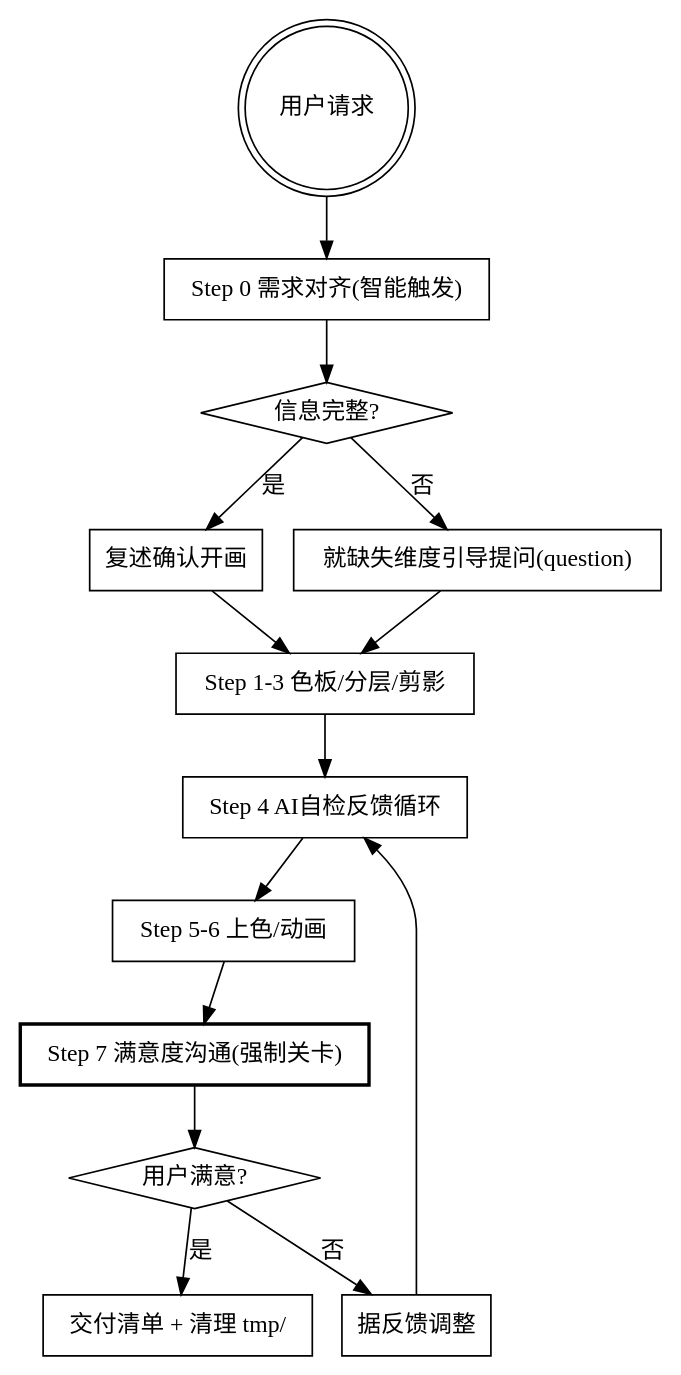
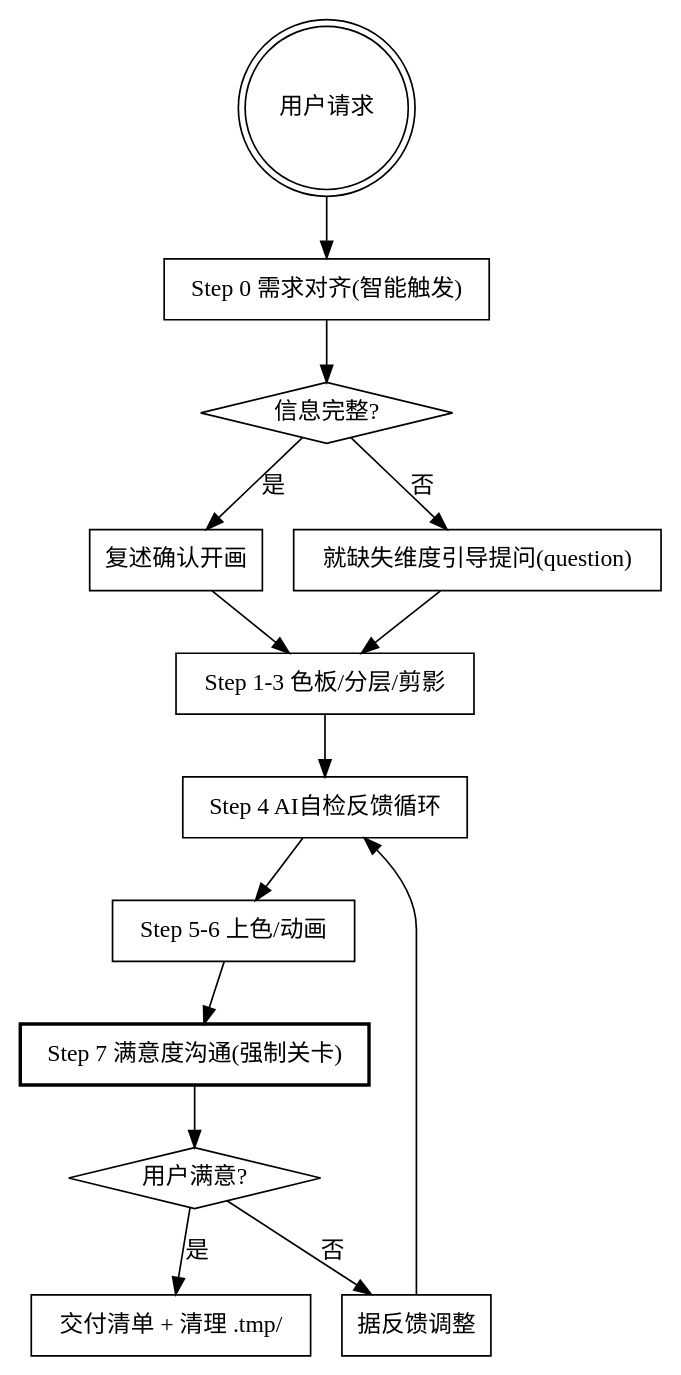
Before and after one commit to yulu86/GodotScaffolding: the diagram in .opencode/skills/draw-aseprite/SKILL.md, drawn with Graphviz. The commit also changed other lines of this file and 3 other files, not shown here.

````diff
--- a/.opencode/skills/draw-aseprite/SKILL.md
+++ b/.opencode/skills/draw-aseprite/SKILL.md
@@ -48,31 +48,31 @@
 ```dot
 digraph draw_flow {
     rankdir=TB;
     "用户请求" [shape=doublecircle];
     "Step 0 需求对齐(智能触发)" [shape=box];
     "信息完整?" [shape=diamond];
     "复述确认开画" [shape=box];
     "就缺失维度引导提问(question)" [shape=box];
     "Step 1-3 色板/分层/剪影" [shape=box];
     "Step 4 AI自检反馈循环" [shape=box];
     "Step 5-6 上色/动画" [shape=box];
     "Step 7 满意度沟通(强制关卡)" [shape=box, style=bold];
     "用户满意?" [shape=diamond];
-    "交付清单 + 清理 tmp/" [shape=box];
+    "交付清单 + 清理 .tmp/" [shape=box];
     "据反馈调整" [shape=box];
 
     "用户请求" -> "Step 0 需求对齐(智能触发)";
     "Step 0 需求对齐(智能触发)" -> "信息完整?";
     "信息完整?" -> "复述确认开画" [label="是"];
     "信息完整?" -> "就缺失维度引导提问(question)" [label="否"];
     "就缺失维度引导提问(question)" -> "Step 1-3 色板/分层/剪影";
     "复述确认开画" -> "Step 1-3 色板/分层/剪影";
     "Step 1-3 色板/分层/剪影" -> "Step 4 AI自检反馈循环";
     "Step 4 AI自检反馈循环" -> "Step 5-6 上色/动画";
     "Step 5-6 上色/动画" -> "Step 7 满意度沟通(强制关卡)";
     "Step 7 满意度沟通(强制关卡)" -> "用户满意?";
-    "用户满意?" -> "交付清单 + 清理 tmp/" [label="是"];
+    "用户满意?" -> "交付清单 + 清理 .tmp/" [label="是"];
     "用户满意?" -> "据反馈调整" [label="否"];
     "据反馈调整" -> "Step 4 AI自检反馈循环";
 }
 ```
````
